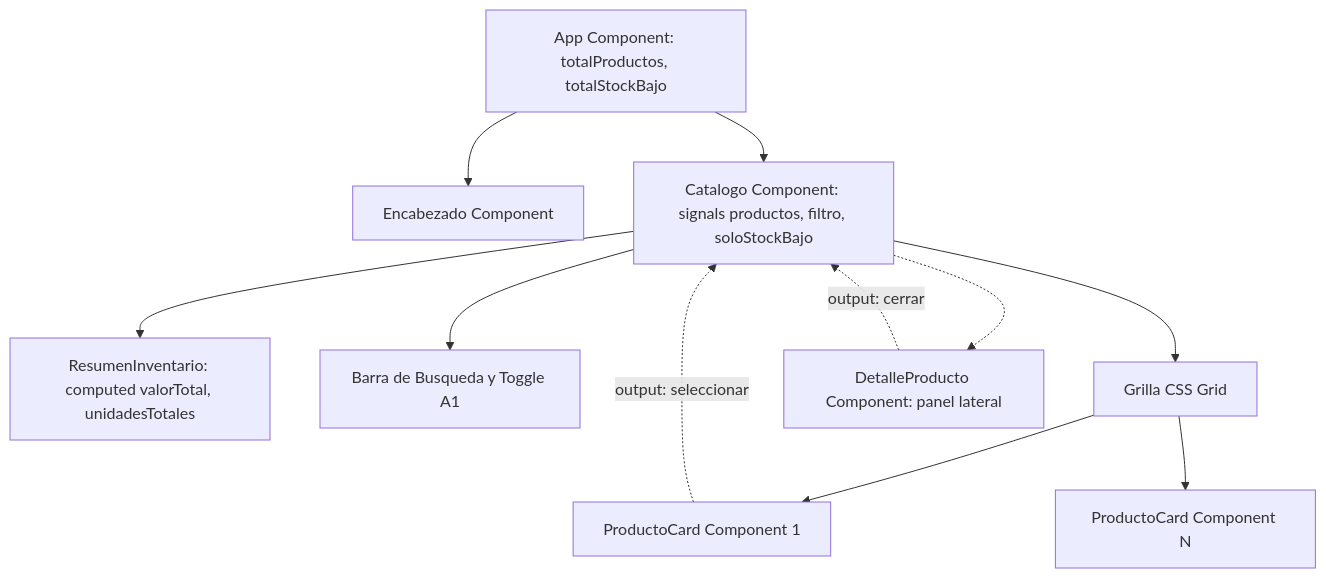
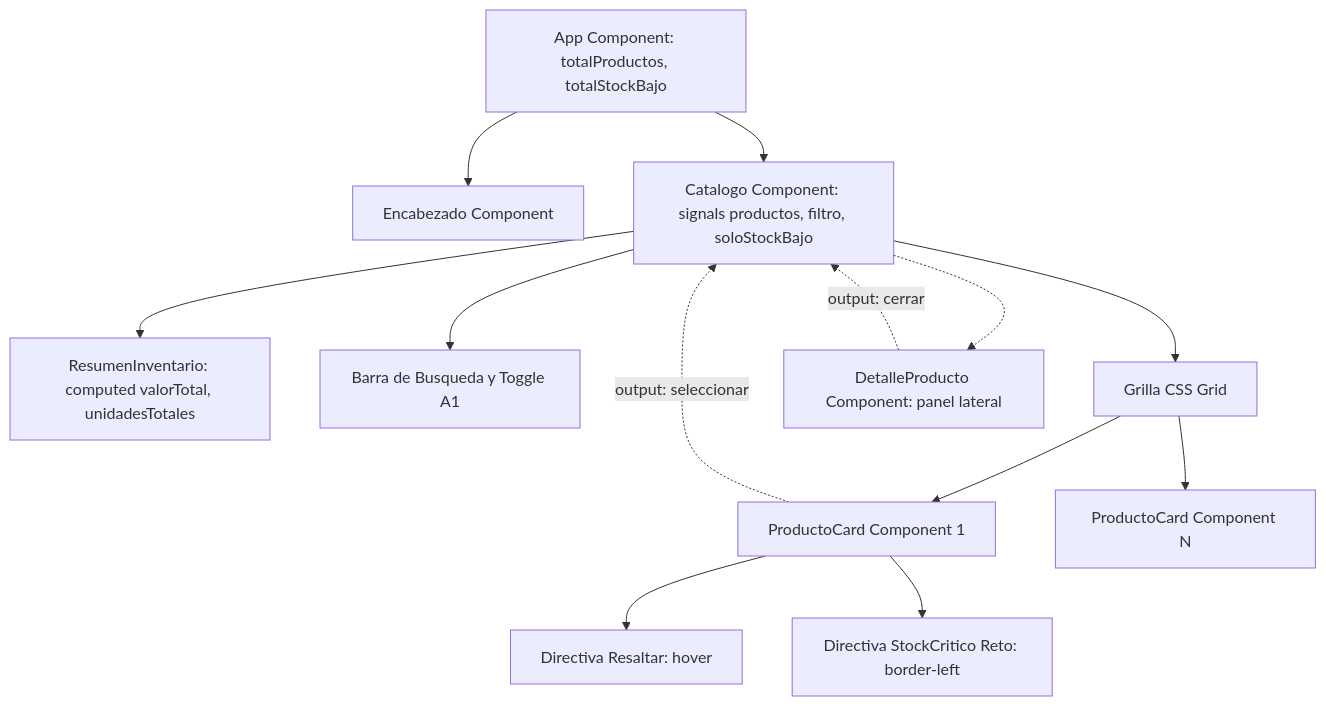
The diagram in README.md (Orlandho/SWAD-LAB07-angular-catalog-signals-components), drawn with Mermaid before and after one commit. The commit also changed other lines of this file and 7 other files, not shown here.

Commit message:
feat(reto): implement stock-critico directive with host border styling, complete unit tests and compile svg diagram

````diff
--- a/README.md
+++ b/README.md
@@ -40,13 +46,15 @@
 ```mermaid
 graph TD
     AppRoot[App Component: totalProductos, totalStockBajo] --> Encabezado[Encabezado Component]
     AppRoot --> Catalogo[Catalogo Component: signals productos, filtro, soloStockBajo]
     Catalogo --> Resumen[ResumenInventario: computed valorTotal, unidadesTotales]
     Catalogo --> FilterBar[Barra de Busqueda y Toggle A1]
     Catalogo --> Grid[Grilla CSS Grid]
     Grid --> ProductCard1[ProductoCard Component 1]
     Grid --> ProductCardN[ProductoCard Component N]
+    ProductCard1 --> DirResaltar[Directiva Resaltar: hover]
+    ProductCard1 --> DirStockCritico[Directiva StockCritico Reto: border-left]
     Catalogo -.-> Detalle[DetalleProducto Component: panel lateral]
     ProductCard1 -.->|output: seleccionar| Catalogo
     Detalle -.->|output: cerrar| Catalogo
 ```
````
